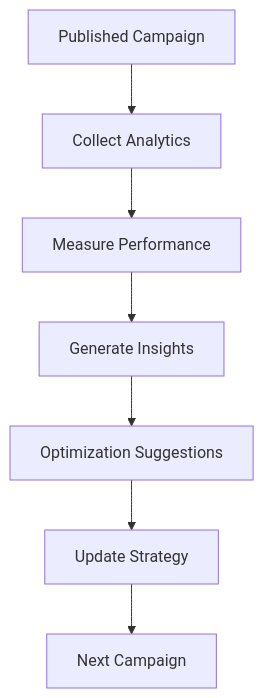
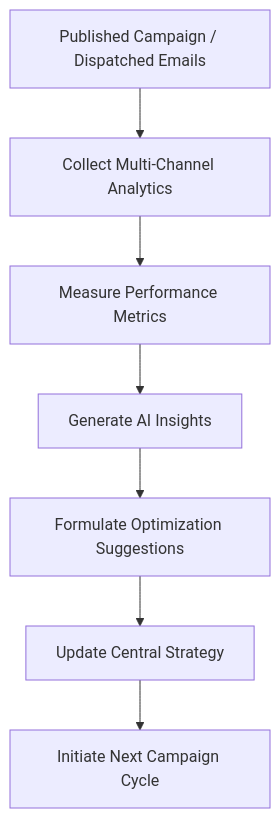
The eighth of 8 diagrams in README.md (mariembel21/nova-ai-marketing-agent), drawn with Mermaid before and after one commit. The commit also changed other lines of this file, not shown here.

Commit message:
Update README with campaign and content flow improvements

````diff
--- a/README.md
+++ b/README.md
@@ -191,9 +198,9 @@
 ```mermaid
 flowchart TD
-  A[Published Campaign] --> B[Collect Analytics]
-  B --> C[Measure Performance]
-  C --> D[Generate Insights]
-  D --> E[Optimization Suggestions]
-  E --> F[Update Strategy]
-  F --> G[Next Campaign]
+  A[Published Campaign / Dispatched Emails] --> B[Collect Multi-Channel Analytics]
+  B --> C[Measure Performance Metrics]
+  C --> D[Generate AI Insights]
+  D --> E[Formulate Optimization Suggestions]
+  E --> F[Update Central Strategy]
+  F --> G[Initiate Next Campaign Cycle]
   ```
````
